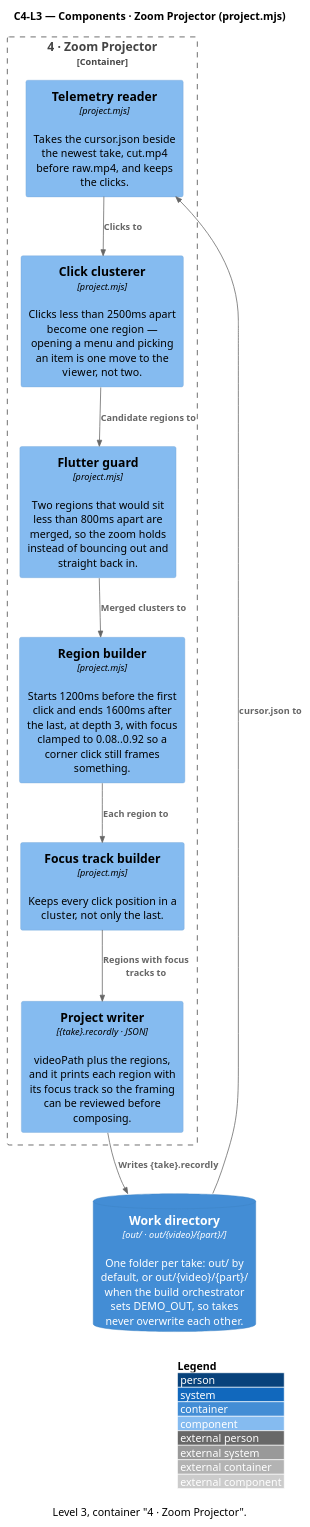
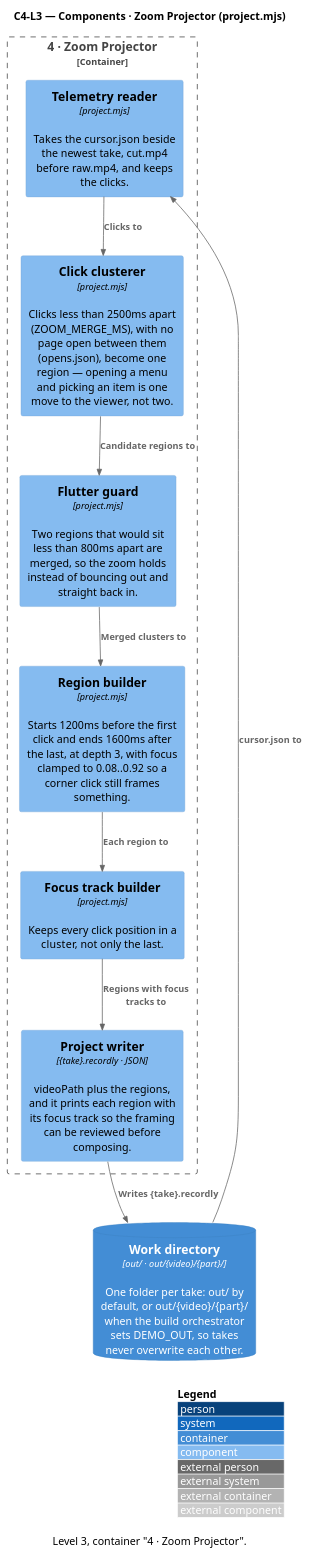
One commit to ssunduko/product-video changed the diagram in docs/c4-l3-zoom-projector.puml. Above: the diagram before and after it, drawn with PlantUML. The commit also changed 28 other files, not shown here.

```diff
--- a/docs/c4-l3-zoom-projector.puml
+++ b/docs/c4-l3-zoom-projector.puml
@@ -1,30 +1,30 @@
 @startuml c4-l3-zoom-projector
 ' Generated by docs/c4-model.mjs — do not edit; edit the model and re-run.
 !include <C4/C4_Component>
 ' No bundled C4 stdlib? Replace the line above with:
 ' !include https://raw.githubusercontent.com/plantuml-stdlib/C4-PlantUML/master/C4_Component.puml
 
 title C4-L3 — Components · Zoom Projector (project.mjs)
 caption Level 3, container "4 · Zoom Projector".
 
 ContainerDb(work_directory, "Work directory", "out/ · out/{video}/{part}/", "One folder per take: out/ by default, or out/{video}/{part}/ when the build orchestrator sets DEMO_OUT, so takes never overwrite each other.")
 
 Container_Boundary(zoom_projector_2, "4 · Zoom Projector") {
   Component(telemetry_reader, "Telemetry reader", "project.mjs", "Takes the cursor.json beside the newest take, cut.mp4 before raw.mp4, and keeps the clicks.")
-  Component(click_clusterer, "Click clusterer", "project.mjs", "Clicks less than 2500ms apart become one region — opening a menu and picking an item is one move to the viewer, not two.")
+  Component(click_clusterer, "Click clusterer", "project.mjs", "Clicks less than 2500ms apart (ZOOM_MERGE_MS), with no page open between them (opens.json), become one region — opening a menu and picking an item is one move to the viewer, not two.")
   Component(flutter_guard, "Flutter guard", "project.mjs", "Two regions that would sit less than 800ms apart are merged, so the zoom holds instead of bouncing out and straight back in.")
   Component(region_builder, "Region builder", "project.mjs", "Starts 1200ms before the first click and ends 1600ms after the last, at depth 3, with focus clamped to 0.08..0.92 so a corner click still frames something.")
   Component(focus_track_builder, "Focus track builder", "project.mjs", "Keeps every click position in a cluster, not only the last.")
   Component(project_writer, "Project writer", "{take}.recordly · JSON", "videoPath plus the regions, and it prints each region with its focus track so the framing can be reviewed before composing.")
 }
 
 Rel(work_directory, telemetry_reader, "cursor.json to")
 Rel(telemetry_reader, click_clusterer, "Clicks to")
 Rel(click_clusterer, flutter_guard, "Candidate regions to")
 Rel(flutter_guard, region_builder, "Merged clusters to")
 Rel(region_builder, focus_track_builder, "Each region to")
 Rel(focus_track_builder, project_writer, "Regions with focus tracks to")
 Rel(project_writer, work_directory, "Writes {take}.recordly")
 
 LAYOUT_WITH_LEGEND()
 @enduml
```
